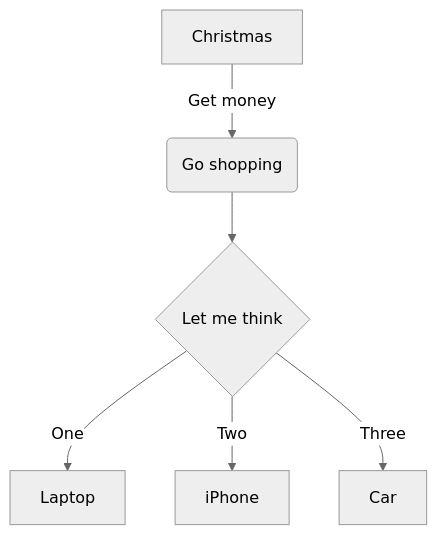
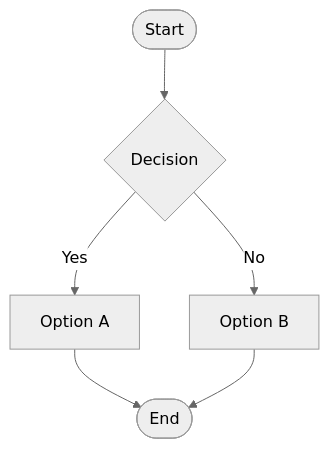
One commit to hannahknight-miro/mermaid-playground changed the first of 16 diagrams in README.md. Above: the diagram before and after it, drawn with Mermaid (neutral theme). The commit also changed other lines of this file, not shown here.

````diff
--- a/README.md
+++ b/README.md
@@ -3,8 +11,8 @@
 ```mermaid
 flowchart TD
- A[Christmas] -->|Get money| B(Go shopping)
- B --> C{Let me think}
- C -->|One| D[Laptop]
- C -->|Two| E[iPhone]
- C -->|Three| F[Car]
+    A([Start]) --> B{Decision}
+    B -->|Yes| C[Option A]
+    B -->|No| D[Option B]
+    C --> E([End])
+    D --> E
 ```
````
